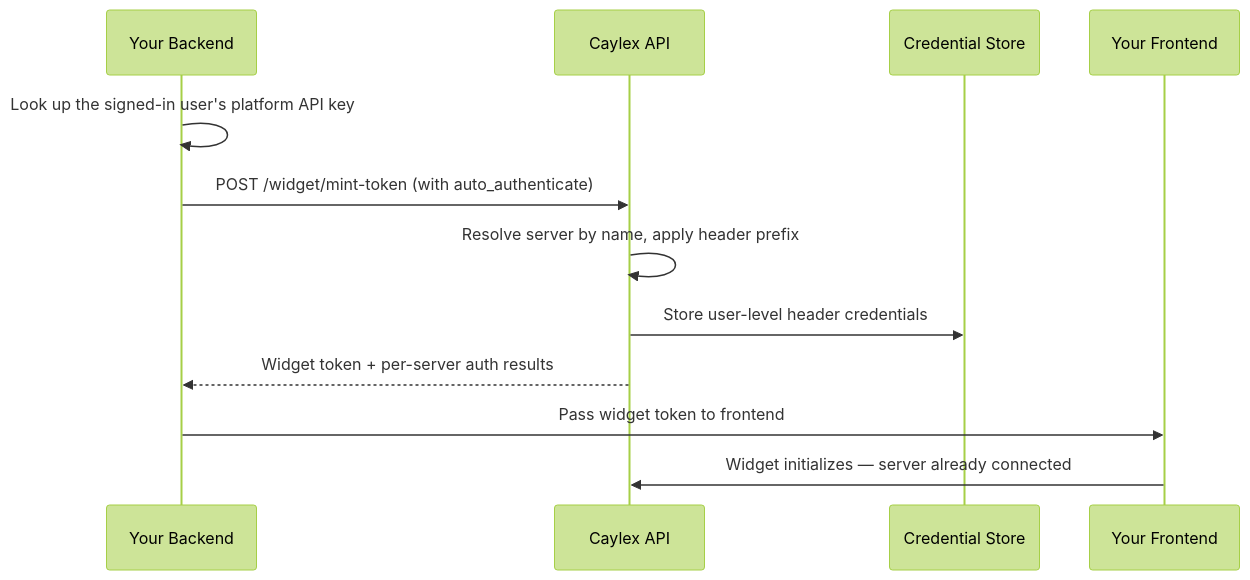
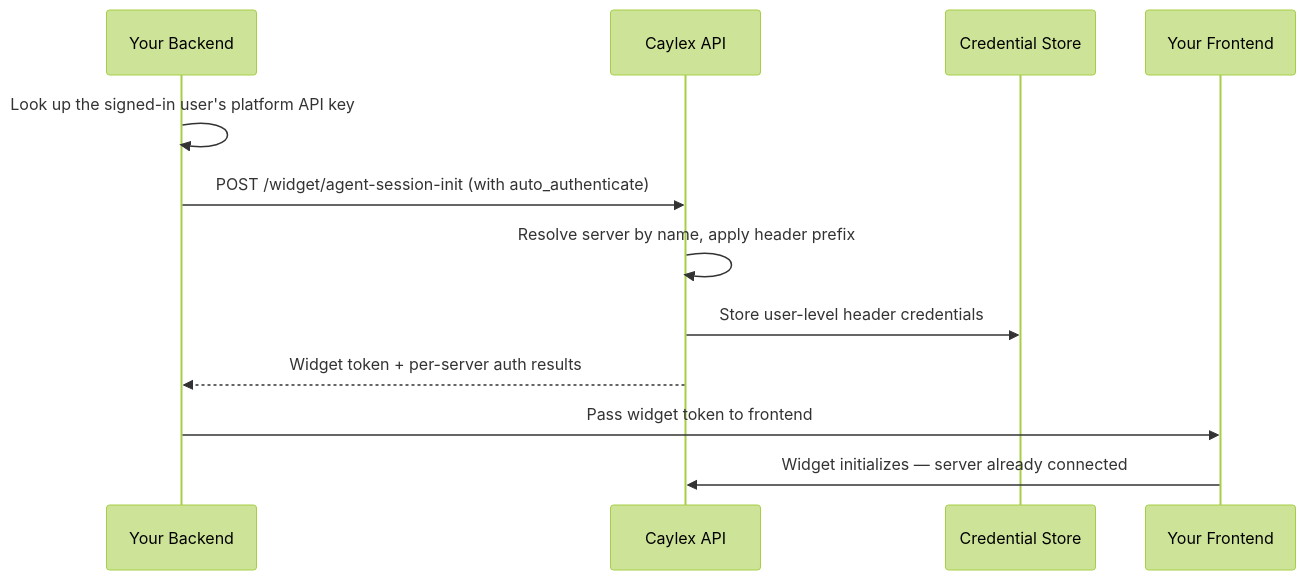
One commit to caylex-ai/caylex-developer-docs changed the diagram in widget/auto-authentication.mdx. Above: the diagram before and after it, drawn with Mermaid (forest theme). The commit also changed other lines of this file and 3 other files, not shown here.

````diff
--- a/widget/auto-authentication.mdx
+++ b/widget/auto-authentication.mdx
@@ -33,15 +33,15 @@
 ```mermaid
 sequenceDiagram
     participant App as Your Backend
     participant Caylex as Caylex API
     participant Vault as Credential Store
     participant Browser as Your Frontend
 
     App->>App: Look up the signed-in user's platform API key
-    App->>Caylex: POST /widget/mint-token (with auto_authenticate)
+    App->>Caylex: POST /widget/agent-session-init (with auto_authenticate)
     Caylex->>Caylex: Resolve server by name, apply header prefix
     Caylex->>Vault: Store user-level header credentials
     Caylex-->>App: Widget token + per-server auth results
     App->>Browser: Pass widget token to frontend
     Browser->>Caylex: Widget initializes — server already connected
 ```
````
